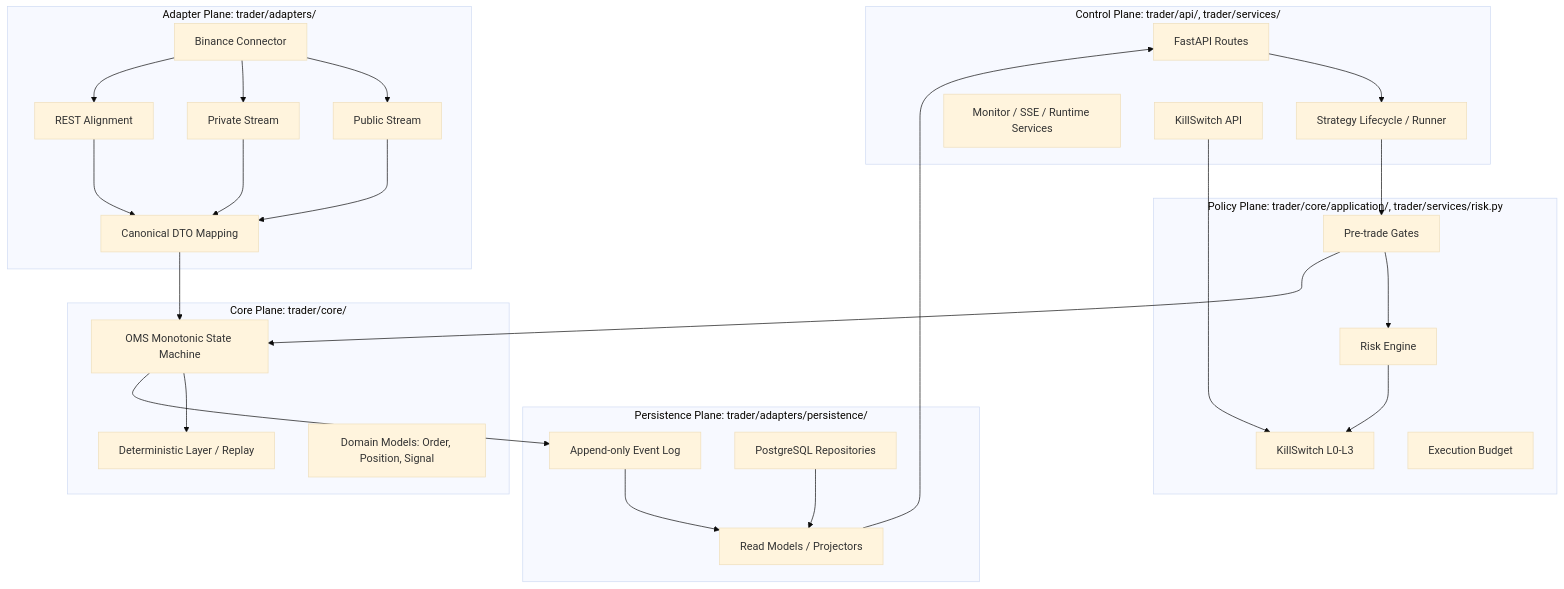
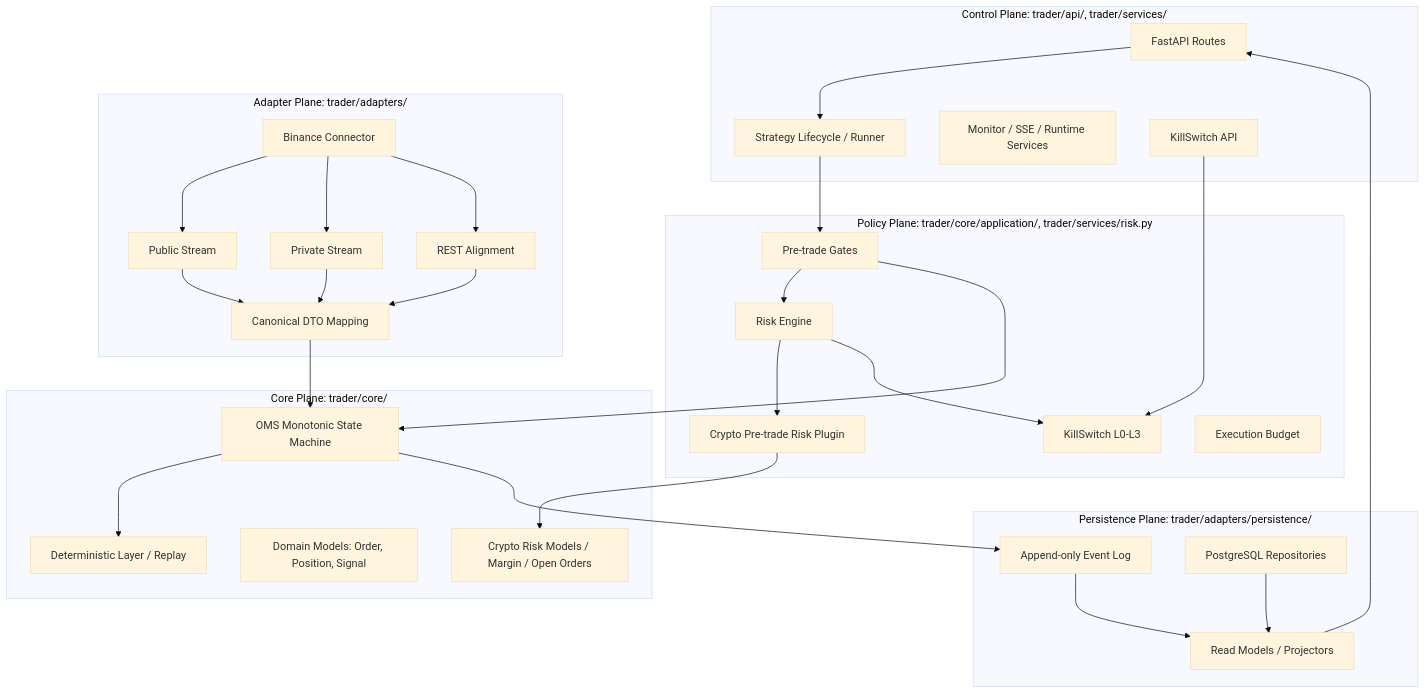
The first of 6 diagrams in docs/PROJECT_ARCHITECTURE.md (xiaomiaoalex/quant_trading_system), drawn with Mermaid (base theme) before and after one commit. The commit also changed other lines of this file and 5 other files, not shown here.

Commit message:
docs(task-9.1): update task records for research and crypto risk

````diff
--- a/docs/PROJECT_ARCHITECTURE.md
+++ b/docs/PROJECT_ARCHITECTURE.md
@@ -16,55 +16,59 @@
 ```mermaid
 flowchart TB
     subgraph Control["Control Plane: trader/api/, trader/services/"]
         API["FastAPI Routes"]
         Lifecycle["Strategy Lifecycle / Runner"]
         Monitor["Monitor / SSE / Runtime Services"]
         KillAPI["KillSwitch API"]
     end
 
     subgraph Policy["Policy Plane: trader/core/application/, trader/services/risk.py"]
         Risk["Risk Engine"]
         Gate["Pre-trade Gates"]
+        CryptoGate["Crypto Pre-trade Risk Plugin"]
         Kill["KillSwitch L0-L3"]
         Budget["Execution Budget"]
     end
 
     subgraph Core["Core Plane: trader/core/"]
         OMS["OMS Monotonic State Machine"]
         Deterministic["Deterministic Layer / Replay"]
         Domain["Domain Models: Order, Position, Signal"]
+        CryptoRisk["Crypto Risk Models / Margin / Open Orders"]
     end
 
     subgraph Adapter["Adapter Plane: trader/adapters/"]
         Binance["Binance Connector"]
         PublicWS["Public Stream"]
         PrivateWS["Private Stream"]
         RestAlign["REST Alignment"]
         Clean["Canonical DTO Mapping"]
     end
 
     subgraph Persistence["Persistence Plane: trader/adapters/persistence/"]
         EventLog["Append-only Event Log"]
         PG["PostgreSQL Repositories"]
         Projection["Read Models / Projectors"]
     end
 
     API --> Lifecycle
     Lifecycle --> Gate
     Gate --> Risk
+    Risk --> CryptoGate
+    CryptoGate --> CryptoRisk
     Risk --> Kill
     Gate --> OMS
     OMS --> Deterministic
     OMS --> EventLog
     EventLog --> Projection
     Projection --> API
     Binance --> PublicWS
     Binance --> PrivateWS
     Binance --> RestAlign
     PublicWS --> Clean
     PrivateWS --> Clean
     RestAlign --> Clean
     Clean --> OMS
     PG --> Projection
     KillAPI --> Kill
 ```
````
